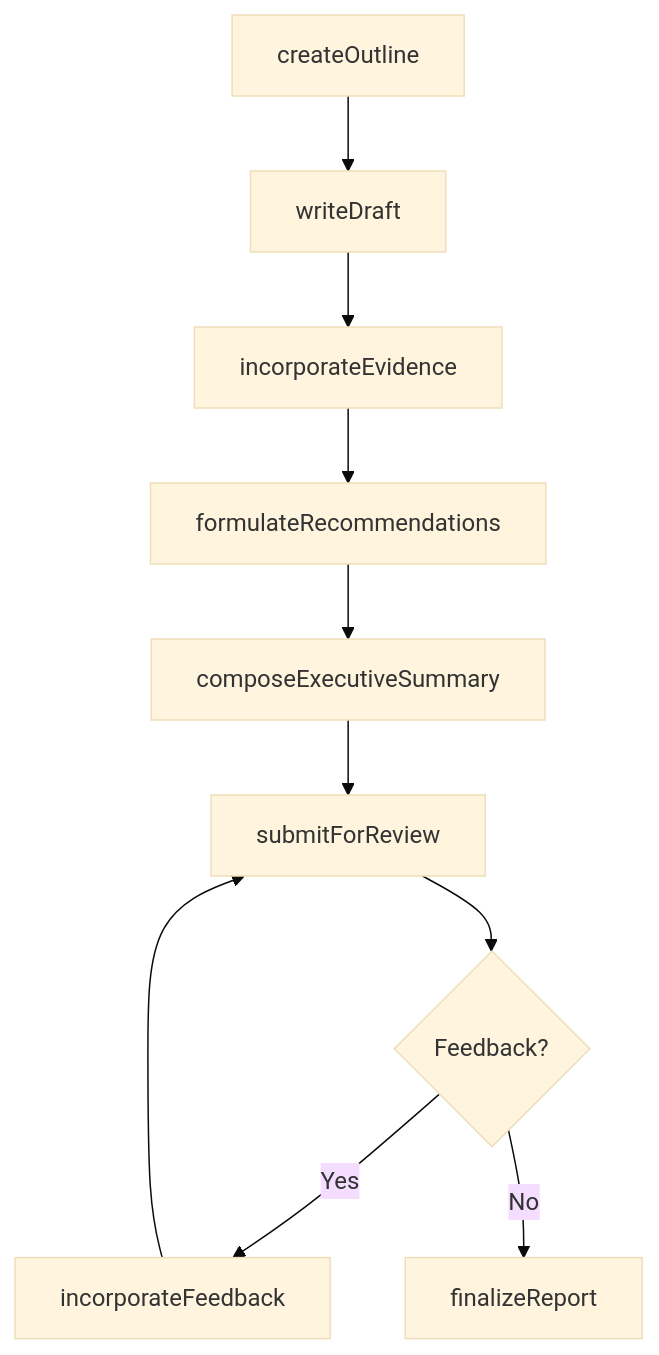
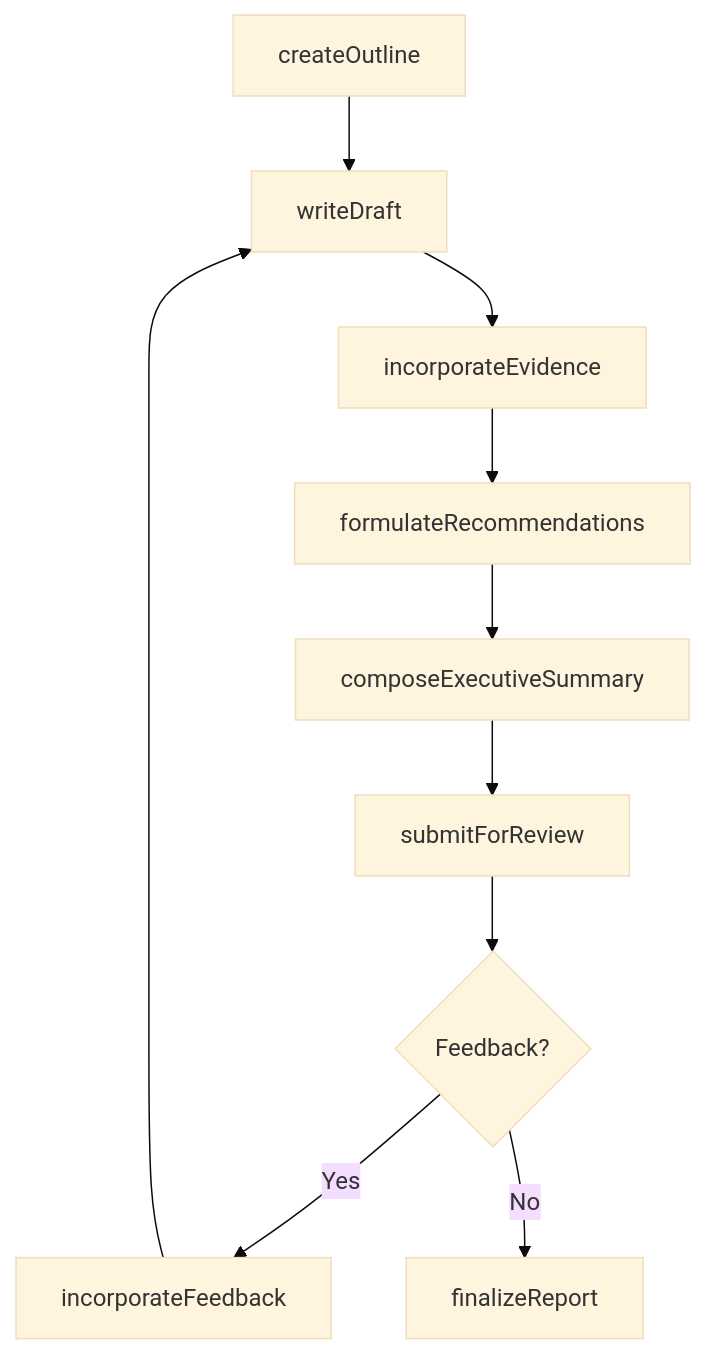
Before and after one commit to dot-org-ai/tasks.org.ai: the third of 4 diagrams in DocumentingRecordingInformation/PrepareReportsOfOperationalOrProceduralActivities/WriteOperationalReports.mdx, drawn with Mermaid (base theme). The commit also changed other lines of this file and 959 other files, not shown here.

````diff
--- a/DocumentingRecordingInformation/PrepareReportsOfOperationalOrProceduralActivities/WriteOperationalReports.mdx
+++ b/DocumentingRecordingInformation/PrepareReportsOfOperationalOrProceduralActivities/WriteOperationalReports.mdx
@@ -90,12 +118,12 @@
 ```mermaid
 graph TD
     A[createOutline] --> B[writeDraft]
     B --> C[incorporateEvidence]
     C --> D[formulateRecommendations]
     D --> E[composeExecutiveSummary]
     E --> F[submitForReview]
     F --> G{Feedback?}
     G -->|Yes| H[incorporateFeedback]
-    H --> F
+    H --> B
     G -->|No| I[finalizeReport]
 ```
````
